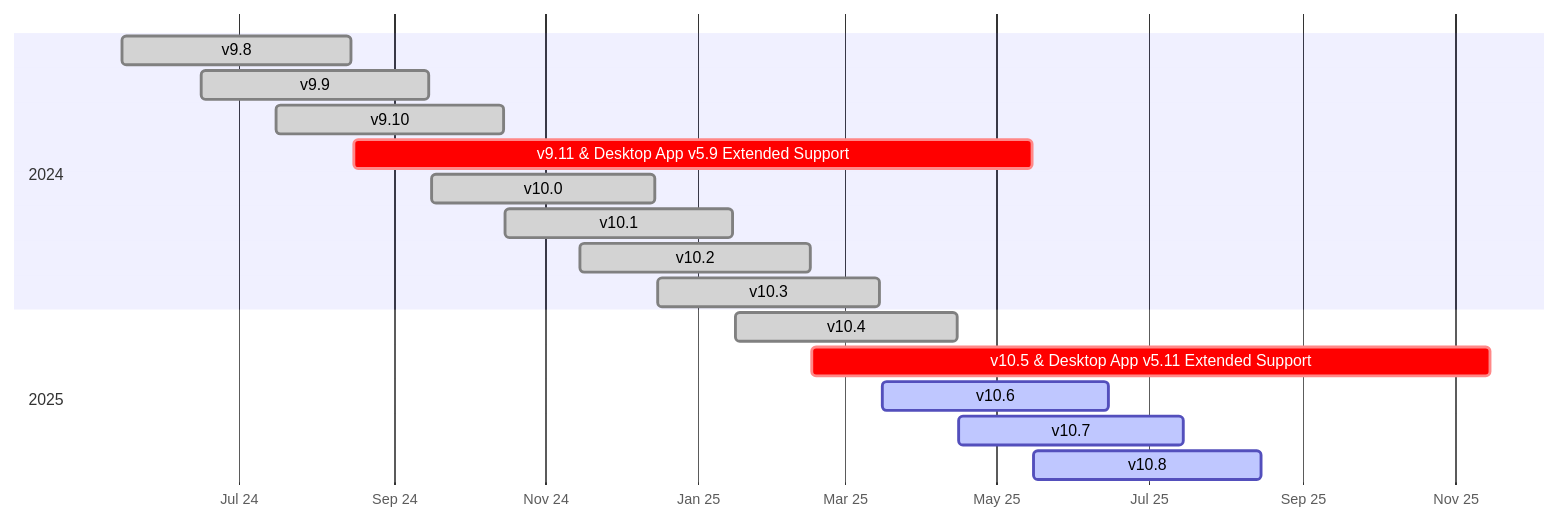
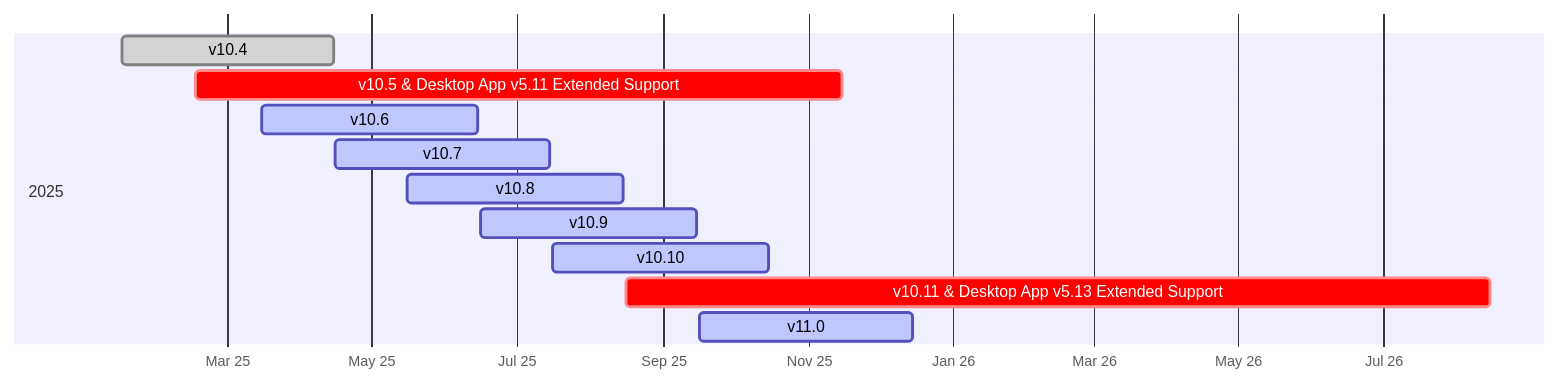
One commit to mattermost/docs changed the diagram in source/about/release-policy.md. Above: the diagram before and after it, drawn with Mermaid. The commit also changed other lines of this file, not shown here.

Commit message:
Add ESR cadence change notice (#7936)
* Update release-policy.md

* Update source/about/release-policy.md

* Update release-policy.md

---------

````diff
--- a/source/about/release-policy.md
+++ b/source/about/release-policy.md
@@ -48,24 +53,18 @@
 ```{mermaid}
 
 gantt
     dateFormat  YYYY-MM-DD
     axisFormat  %b %y
     tickInterval 2month
-    
-    section 2024
-    v9.8                   :done,  2024-05-15, 2024-08-15
-    v9.9                   :done,  2024-06-16, 2024-09-15
-    v9.10                  :done,  2024-07-16, 2024-10-15
-    v9.11 & Desktop App v5.9 Extended Support :crit,    2024-08-16, 2025-05-15
-    v10.0                  :done,    2024-09-16, 2024-12-15
-    v10.1                  :done,    2024-10-16, 2025-01-15
-    v10.2                  :done,  2024-11-15, 2025-02-15
-    v10.3                  :done,  2024-12-16, 2025-03-15
 
     section 2025
     v10.4                  :done,  2025-01-16, 2025-04-15
     v10.5 & Desktop App v5.11 Extended Support :crit,    2025-02-16, 2025-11-15
     v10.6                  :active, 2025-03-16, 2025-06-15
     v10.7                  :active, 2025-04-16, 2025-07-15
     v10.8                  :active, 2025-05-16, 2025-08-15
+    v10.9                  :active, 2025-06-16, 2025-09-15
+    v10.10                 :active, 2025-07-16, 2025-10-15
+    v10.11 & Desktop App v5.13 Extended Support :crit,    2025-08-16, 2026-08-15
+    v11.0                  :active, 2025-09-16, 2025-12-15
 ```
````
